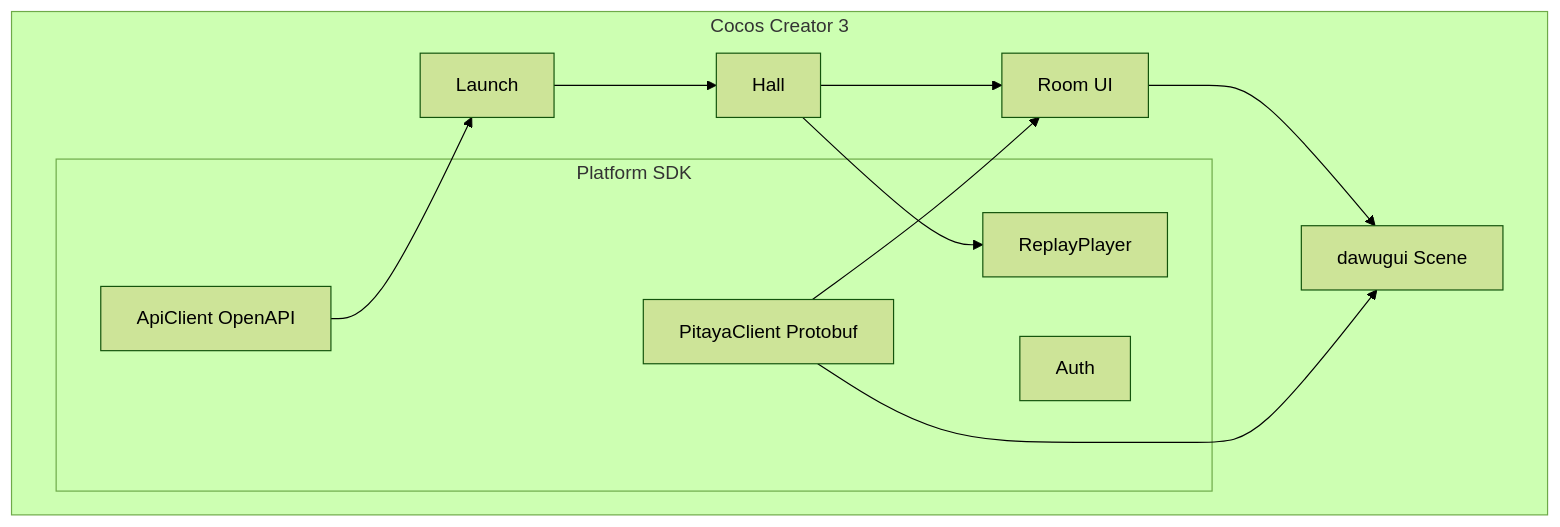
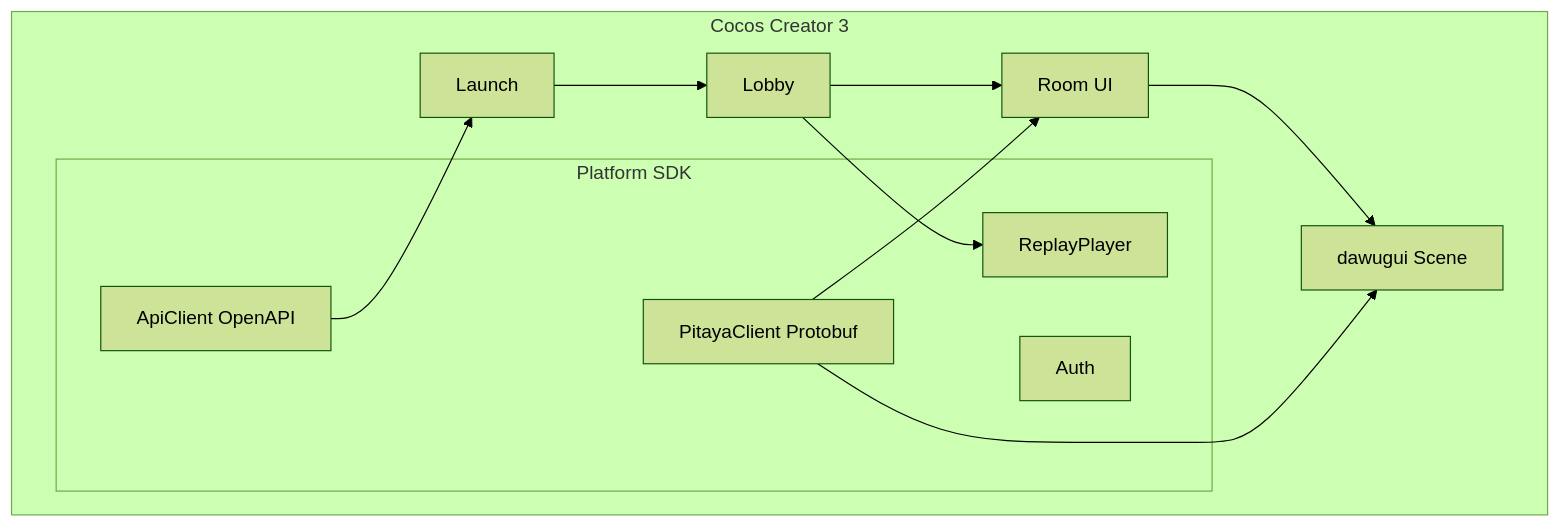
Before and after one commit to jasonkx020/game: the first of 2 diagrams in docs/tech/client-architecture.md, drawn with Mermaid (forest theme). The commit also changed other lines of this file and 80 other files, not shown here.

````diff
--- a/docs/tech/client-architecture.md
+++ b/docs/tech/client-architecture.md
@@ -20,22 +20,22 @@
 ```mermaid
 flowchart TB
     subgraph cocos [Cocos Creator 3]
         Launch[Launch]
-        Hall[Hall]
+        Lobby[Lobby]
         RoomUI[Room UI]
         GameDawugui[dawugui Scene]
         subgraph sdk [Platform SDK]
             ApiClient[ApiClient OpenAPI]
             PitayaClient[PitayaClient Protobuf]
             ReplayPlayer[ReplayPlayer]
             Auth[Auth]
         end
     end
-    Launch --> Hall
-    Hall --> RoomUI
-    Hall --> ReplayPlayer
+    Launch --> Lobby
+    Lobby --> RoomUI
+    Lobby --> ReplayPlayer
     RoomUI --> GameDawugui
     ApiClient --> Launch
     PitayaClient --> RoomUI
     PitayaClient --> GameDawugui
 ```
````
